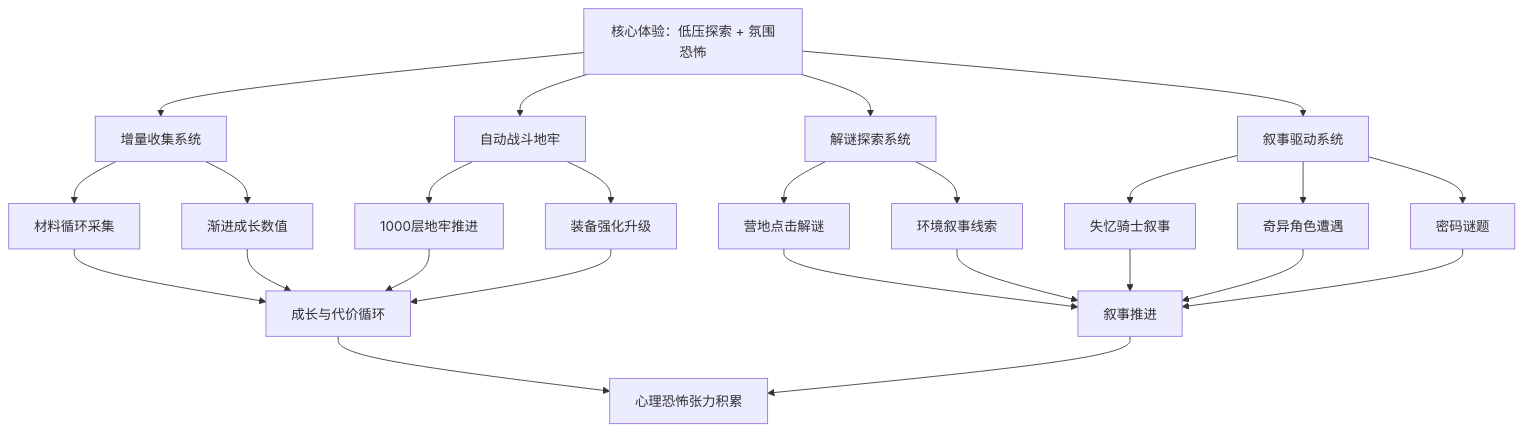
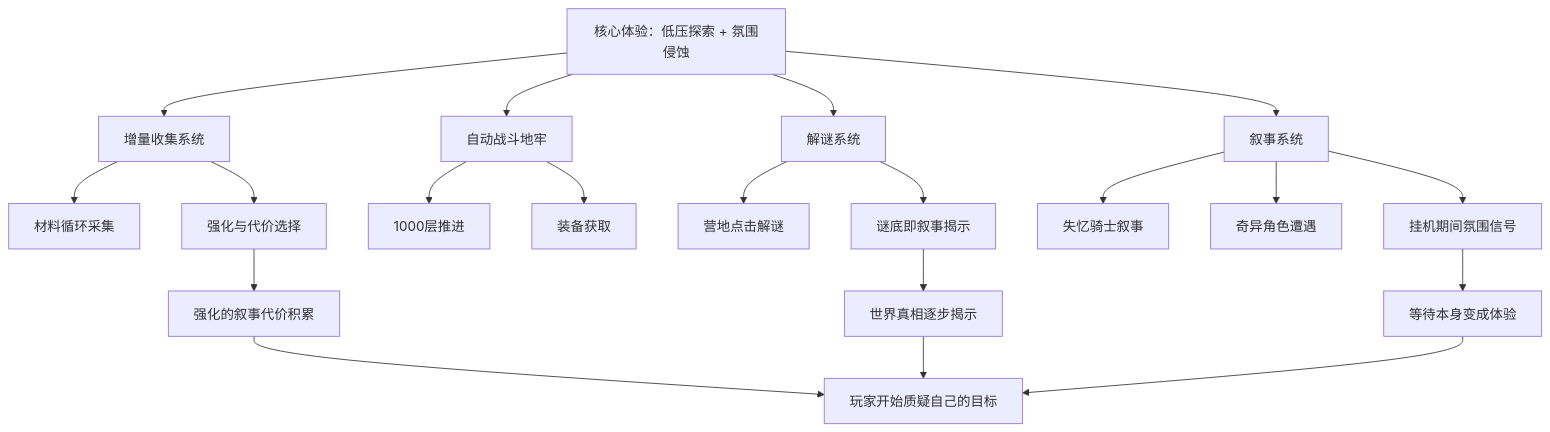
The diagram in games/indie/Horripilant/Horripilant.md (hongyesuifeng/readbooks), drawn with Mermaid before and after one commit. The commit also changed other lines of this file and 15 other files, not shown here.

````diff
--- a/games/indie/Horripilant/Horripilant.md
+++ b/games/indie/Horripilant/Horripilant.md
@@ -53,23 +53,22 @@
 ```mermaid
 graph TD
-    A[核心体验：低压探索 + 氛围恐怖] --> B[增量收集系统]
+    A[核心体验：低压探索 + 氛围侵蚀] --> B[增量收集系统]
     A --> C[自动战斗地牢]
-    A --> D[解谜探索系统]
-    A --> E[叙事驱动系统]
+    A --> D[解谜系统]
+    A --> E[叙事系统]
 
     B --> B1[材料循环采集]
-    B --> B2[渐进成长数值]
-    C --> C1[1000层地牢推进]
-    C --> C2[装备强化升级]
+    B --> B2[强化与代价选择]
+    C --> C1[1000层推进]
+    C --> C2[装备获取]
     D --> D1[营地点击解谜]
-    D --> D2[环境叙事线索]
+    D --> D2[谜底即叙事揭示]
     E --> E1[失忆骑士叙事]
     E --> E2[奇异角色遭遇]
-    E --> E3[密码谜题]
+    E --> E3[挂机期间氛围信号]
 
-    B1 & B2 --> F[成长与代价循环]
-    C1 & C2 --> F
-    D1 & D2 --> G[叙事推进]
-    E1 & E2 & E3 --> G
-    F & G --> H[心理恐怖张力积累]
+    B2 --> F[强化的叙事代价积累]
+    D2 --> G[世界真相逐步揭示]
+    E3 --> H[等待本身变成体验]
+    F & G & H --> I[玩家开始质疑自己的目标]
 ```
````
